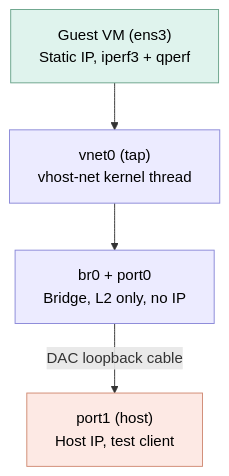
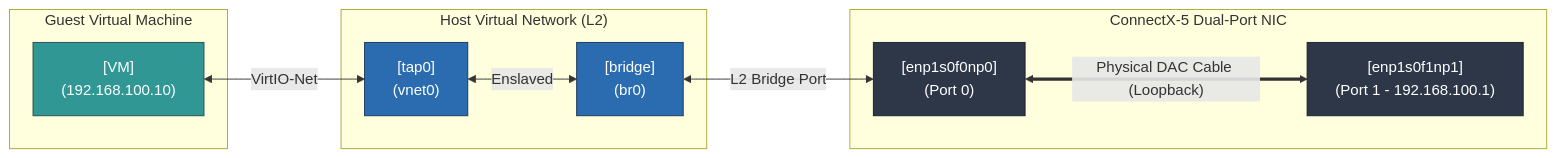
The diagram in benchmark/virtIO-NICCX5/readme.md (prk-2023/smartNIC), drawn with Mermaid before and after one commit. The commit also changed 1 other file, not shown here.

Commit message:
howto ( Pure virtIO benchmarking )
Howto:
- High performance VM creation steps
- build VM using cloud-init with configuration
- Host setup
- run benchmark script to generate results

````diff
--- a/benchmark/virtIO-NICCX5/readme.md
+++ b/benchmark/virtIO-NICCX5/readme.md
@@ -3,17 +3,30 @@
-```mermaid
-flowchart TD
-    A["Guest VM (ens3)<br/>Static IP, iperf3 + qperf"]
-    B["vnet0 (tap)<br/>vhost-net kernel thread"]
-    C["br0 + port0<br/>Bridge, L2 only, no IP"]
-    D["port1 (host)<br/>Host IP, test client"]
+```mermaid 
+graph LR
+    %% Style definitions
+    classDef vm fill:#319795,stroke:#234e52,color:#ffffff;
+    classDef vnet fill:#2b6cb0,stroke:#1a365d,color:#ffffff;
+    classDef nic fill:#2d3748,stroke:#1a202c,color:#ffffff;
+    classDef host fill:#d69e2e,stroke:#744210,color:#ffffff;
 
-    A --> B
-    B --> C
-    C -->|"DAC loopback cable"| D
+    subgraph VM_Space ["Guest Virtual Machine"]
+        VM["[VM] <br> (192.168.100.10)"]:::vm
+    end
 
-    %% Styling
-    style A fill:#dff3ed,stroke:#6aa38b,stroke-width:1px,color:#000
-    style B fill:#ecebff,stroke:#8a88d8,stroke-width:1px,color:#000
-    style C fill:#ecebff,stroke:#8a88d8,stroke-width:1px,color:#000
-    style D fill:#fde9e4,stroke:#d08a73,stroke-width:1px,color:#000
+    subgraph Host_Virtual ["Host Virtual Network (L2)"]
+        TAP["[tap0] <br> (vnet0)"]:::vnet
+        BRIDGE["[bridge] <br> (br0)"]:::vnet
+    end
+
+    subgraph Physical_NIC ["ConnectX-5 Dual-Port NIC"]
+        Port0["[enp1s0f0np0] <br> (Port 0)"]:::nic
+        Port1["[enp1s0f1np1] <br> (Port 1 - 192.168.100.1)"]:::nic
+    end
+
+    %% Flow connections
+    VM <--> |VirtIO-Net| TAP
+    TAP <--> |Enslaved| BRIDGE
+    BRIDGE <--> |L2 Bridge Port| Port0
+    
+    %% The physical loopback wire
+    Port0 <===> |"Physical DAC Cable (Loopback)"| Port1
 ```
````
